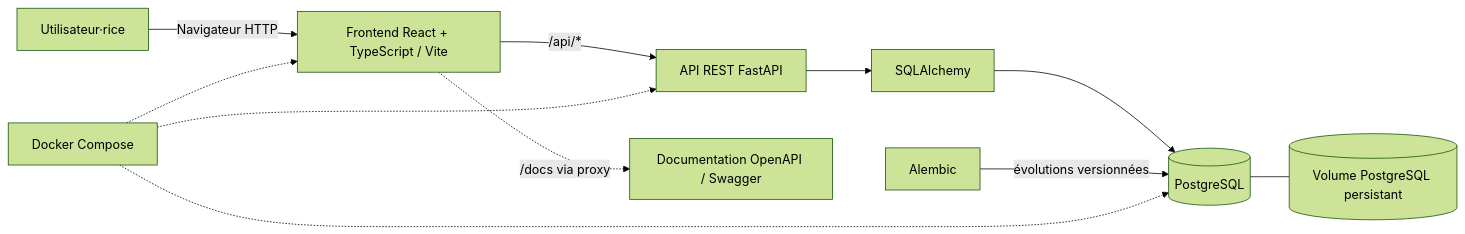
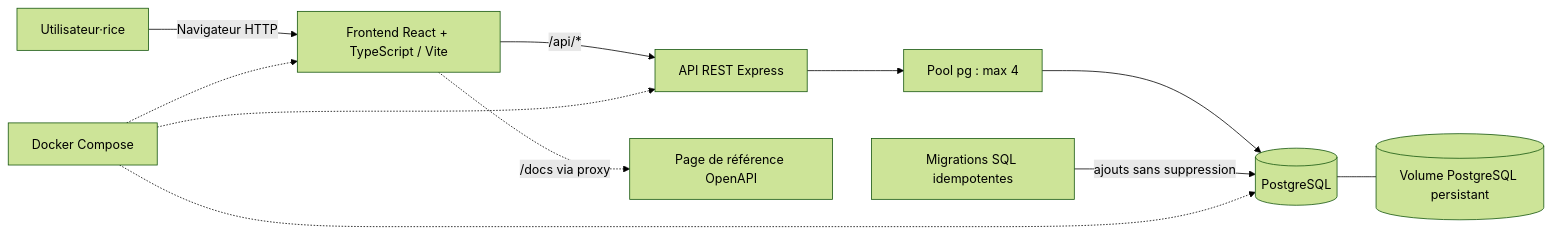
Before and after one commit to Robin-Pouilloux/projet-info-ihme: the diagram in docs/architecture.md, drawn with Mermaid (forest theme). The commit also changed other lines of this file and 19 other files, not shown here.

````diff
--- a/docs/architecture.md
+++ b/docs/architecture.md
@@ -3,13 +3,13 @@
 ```mermaid
 flowchart LR
     Personne[Utilisateur·rice] -->|Navigateur HTTP| Front[Frontend React + TypeScript / Vite]
-    Front -->|/api/*| API[API REST FastAPI]
-    API --> ORM[SQLAlchemy]
-    ORM --> DB[(PostgreSQL)]
-    Migration[Alembic] -->|évolutions versionnées| DB
-    Front -.->|/docs via proxy| Docs[Documentation OpenAPI / Swagger]
+    Front -->|/api/*| API[API REST Express]
+    API --> Pool[Pool pg : max 4]
+    Pool --> DB[(PostgreSQL)]
+    Migration[Migrations SQL idempotentes] -->|ajouts sans suppression| DB
+    Front -.->|/docs via proxy| Docs[Page de référence OpenAPI]
     Compose[Docker Compose] -.-> Front
     Compose -.-> API
     Compose -.-> DB
     DB --- Volume[(Volume PostgreSQL persistant)]
 ```
````
